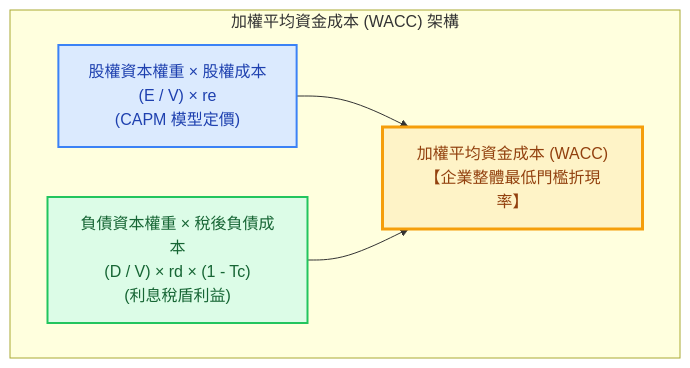
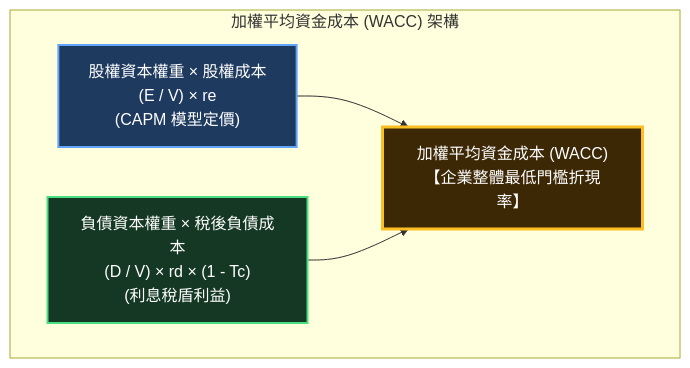
The diagram in src/site/notes/98_商業概念庫/wacc_加權平均資本成本.md (Jimlin0428/my-digital-garden), drawn with Mermaid before and after one commit. The commit also changed 58 other files, not shown here.

````diff
--- a/src/site/notes/98_商業概念庫/wacc_加權平均資本成本.md
+++ b/src/site/notes/98_商業概念庫/wacc_加權平均資本成本.md
@@ -26,15 +26,15 @@
 ```mermaid
 flowchart TD
     subgraph WACC_Formula ["加權平均資金成本 (WACC) 架構"]
         E_Part["股權資本權重 × 股權成本<br>(E / V) × re<br>(CAPM 模型定價)"]
         D_Part["負債資本權重 × 稅後負債成本<br>(D / V) × rd × (1 - Tc)<br>(利息稅盾利益)"]
         WACC_Node["加權平均資金成本 (WACC)<br>【企業整體最低門檻折現率】"]
         
         E_Part --> WACC_Node
         D_Part --> WACC_Node
     end
 
-    style WACC_Node fill:#fef3c7,stroke:#f59e0b,stroke-width:3px,color:#92400e
-    style E_Part fill:#dbeafe,stroke:#3b82f6,stroke-width:2px,color:#1e40af
-    style D_Part fill:#dcfce7,stroke:#22c55e,stroke-width:2px,color:#166534
+    style WACC_Node fill:#3d2806,stroke:#fbbf24,stroke-width:3px,color:#ffffff
+    style E_Part fill:#1e3a5f,stroke:#60a5fa,stroke-width:2px,color:#ffffff
+    style D_Part fill:#143823,stroke:#4ade80,stroke-width:2px,color:#ffffff
 ```
````
